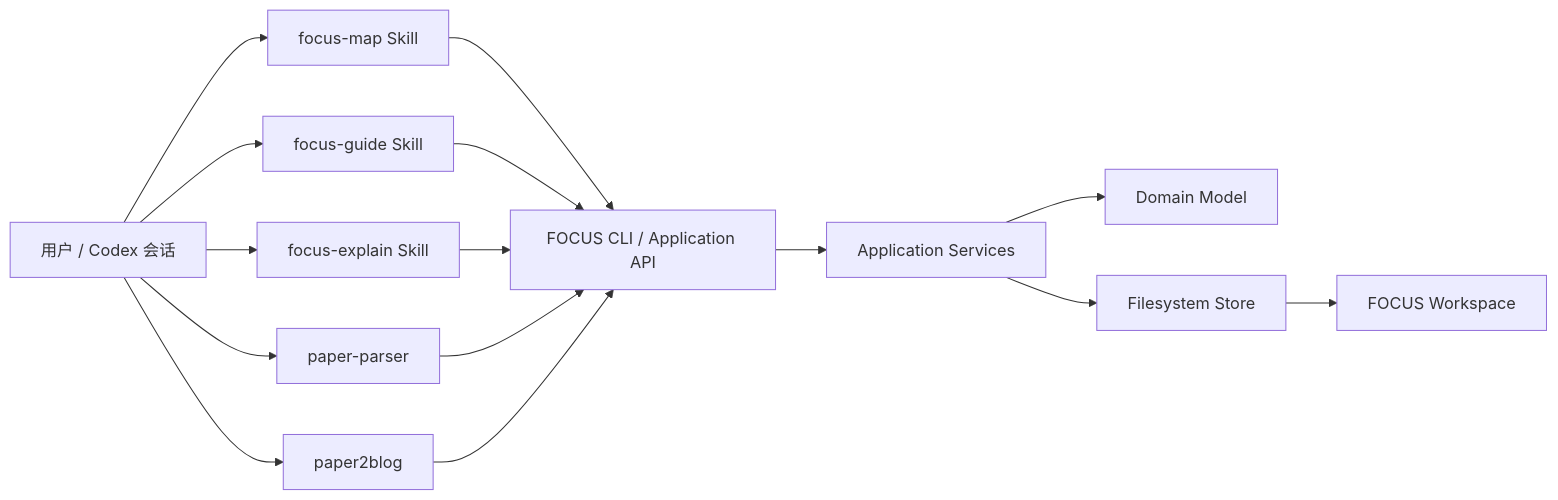
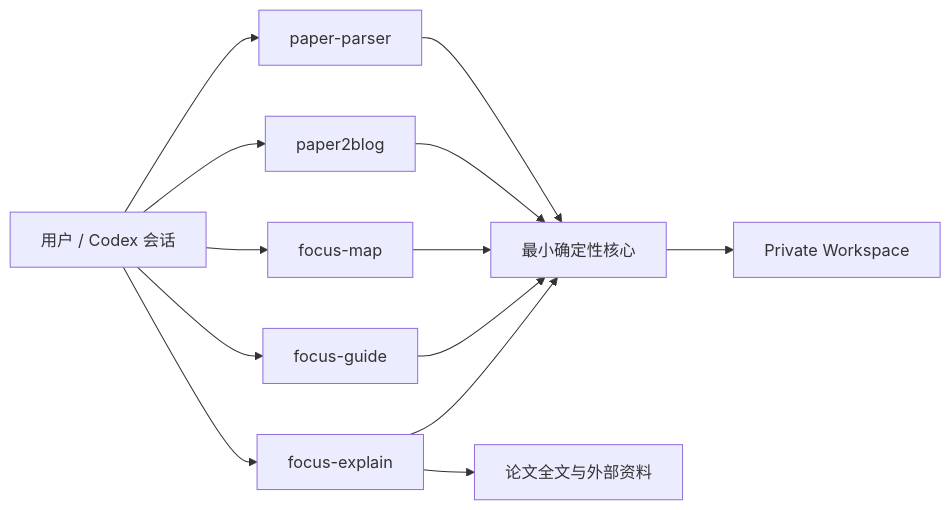
One commit to kongxiangcong/focus changed the diagram in docs/FOCUS_Phase1_Skills_Quickstart_Architecture.md. Above: the diagram before and after it, drawn with Mermaid. The commit also changed other lines of this file and 9 other files, not shown here.

````diff
--- a/docs/FOCUS_Phase1_Skills_Quickstart_Architecture.md
+++ b/docs/FOCUS_Phase1_Skills_Quickstart_Architecture.md
@@ -171,30 +71,25 @@
 ```mermaid
 flowchart LR
     U[用户 / Codex 会话]
-    S1[focus-map Skill]
-    S2[focus-guide Skill]
-    S3[focus-explain Skill]
-    P1[paper-parser]
-    P2[paper2blog]
+    PP[paper-parser]
+    PB[paper2blog]
+    FM[focus-map]
+    FG[focus-guide]
+    FE[focus-explain]
+    CORE[最小确定性核心]
+    WS[Private Workspace]
+    WEB[论文全文与外部资料]
 
-    CLI[FOCUS CLI / Application API]
-    APP[Application Services]
-    DOM[Domain Model]
-    STORE[Filesystem Store]
-    WS[FOCUS Workspace]
-
-    U --> S1
-    U --> S2
-    U --> S3
-    U --> P1
-    U --> P2
-
-    S1 --> CLI
-    S2 --> CLI
-    S3 --> CLI
-    P1 --> CLI
-    P2 --> CLI
-
-    CLI --> APP --> DOM
-    APP --> STORE --> WS
+    U --> PP
+    U --> PB
+    U --> FM
+    U --> FG
+    U --> FE
+    PP --> CORE
+    PB --> CORE
+    FM --> CORE
+    FG --> CORE
+    FE --> CORE
+    CORE --> WS
+    FE --> WEB
 ```
````
